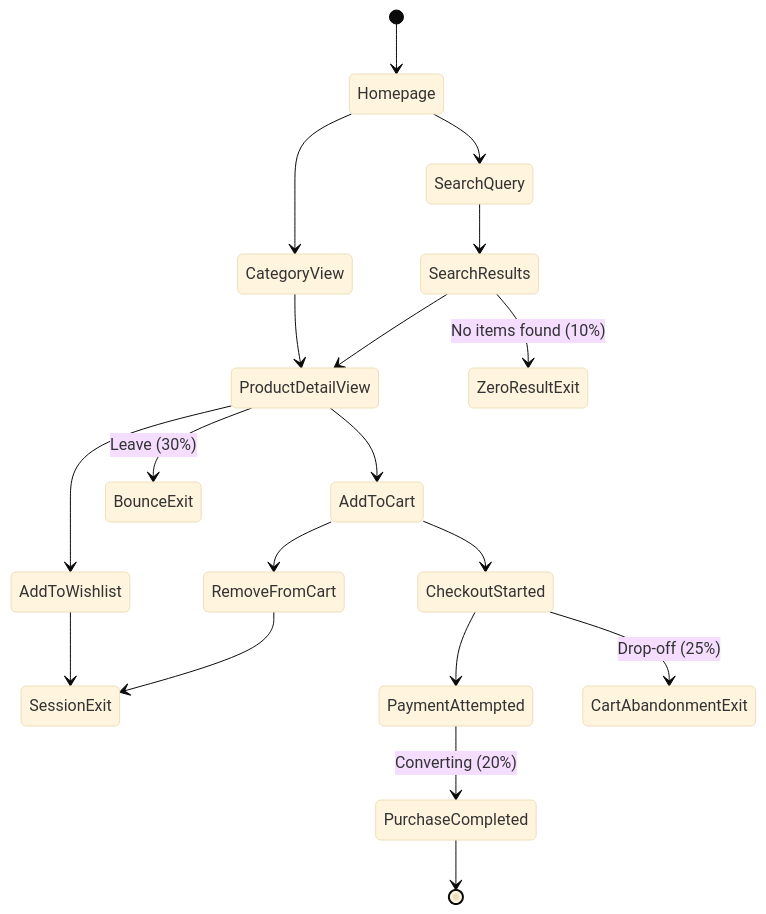
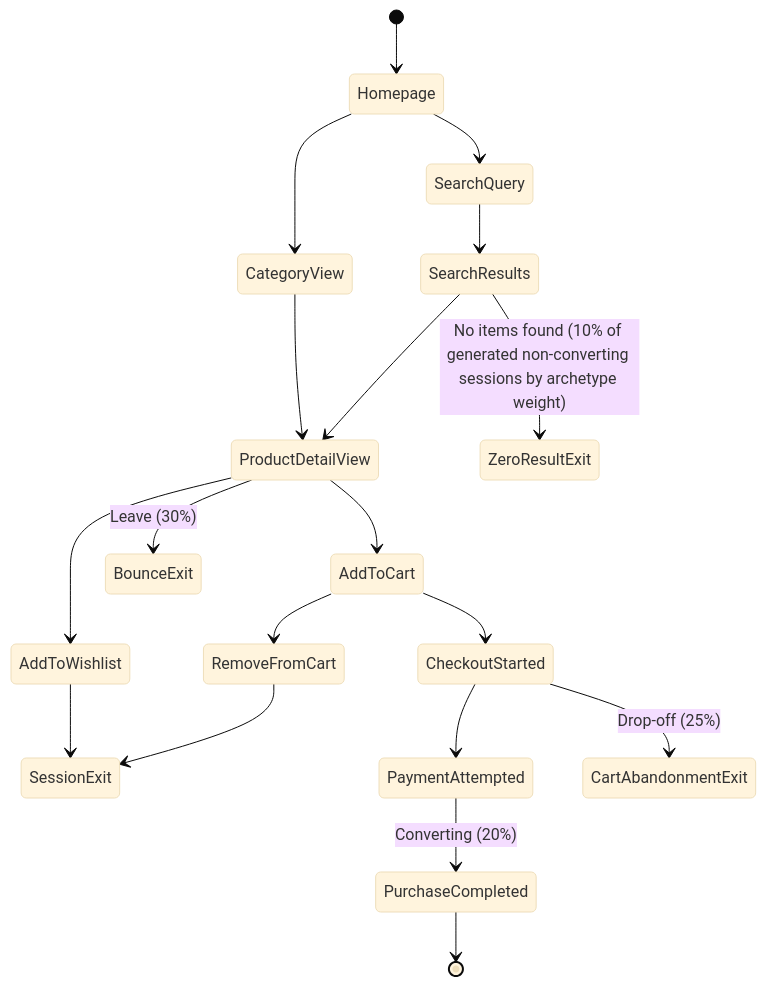
One commit to PrinceNsut27/ThreadIQ changed the diagram in docs/data/synthetic_data_methodology.md. Above: the diagram before and after it, drawn with Mermaid (base theme).

Commit message:
Clarify metric provenance and correct documentation

````diff
--- a/docs/data/synthetic_data_methodology.md
+++ b/docs/data/synthetic_data_methodology.md
@@ -27,21 +27,21 @@
 ```mermaid
 stateDiagram-v2
     [*] --> Homepage
     Homepage --> CategoryView
     Homepage --> SearchQuery
     CategoryView --> ProductDetailView
     SearchQuery --> SearchResults
     SearchResults --> ProductDetailView
-    SearchResults --> ZeroResultExit : No items found (10%)
+    SearchResults --> ZeroResultExit : No items found (10% of generated non-converting sessions by archetype weight)
     ProductDetailView --> AddToWishlist
     ProductDetailView --> AddToCart
     ProductDetailView --> BounceExit : Leave (30%)
     AddToWishlist --> SessionExit
     AddToCart --> CheckoutStarted
     AddToCart --> RemoveFromCart
     RemoveFromCart --> SessionExit
     CheckoutStarted --> PaymentAttempted
     CheckoutStarted --> CartAbandonmentExit : Drop-off (25%)
     PaymentAttempted --> PurchaseCompleted : Converting (20%)
     PurchaseCompleted --> [*]
 ```
````
